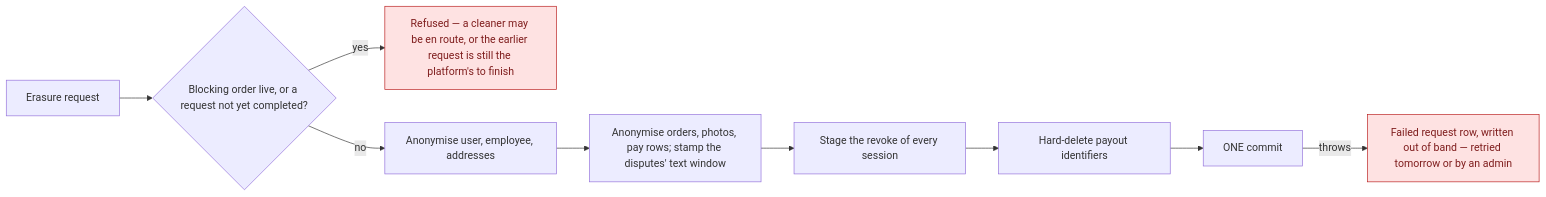
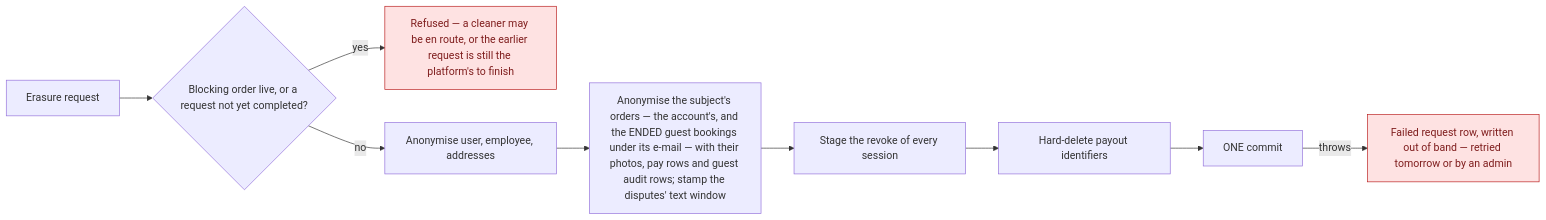
Before and after one commit to VM-s-Solutions/cleansia: the first of 2 diagrams in docs/flows/gdpr-and-audit.md, drawn with Mermaid. The commit also changed other lines of this file and 20 other files, not shown here.

Commit message:
docs(audit): ADR-0062 amended in place with the 2026-09-15 rulings (T-0750..T-0752), flows, business rules, roles, security rules, model, features, changelog, backlog rows, T-0753 and the live-guest question filed

````diff
--- a/docs/flows/gdpr-and-audit.md
+++ b/docs/flows/gdpr-and-audit.md
@@ -11,14 +11,14 @@
 ```mermaid
 flowchart LR
   A[Erasure request] --> B{Blocking order live, or a request not yet completed?}
   B -- yes --> C[Refused — a cleaner may be en route, or the earlier request is still the platform's to finish]
   B -- no --> D[Anonymise user, employee, addresses]
-  D --> E[Anonymise orders, photos, pay rows; stamp the disputes' text window]
+  D --> E["Anonymise the subject's orders — the account's, and the ENDED guest bookings under its e-mail — with their photos, pay rows and guest audit rows; stamp the disputes' text window"]
   E --> F[Stage the revoke of every session]
   F --> G[Hard-delete payout identifiers]
   G --> H[ONE commit]
   H -- throws --> X[Failed request row, written out of band — retried tomorrow or by an admin]
 
   classDef stop fill:#fee2e2,stroke:#b91c1c,color:#7f1d1d
   class C,X stop
 ```
````
